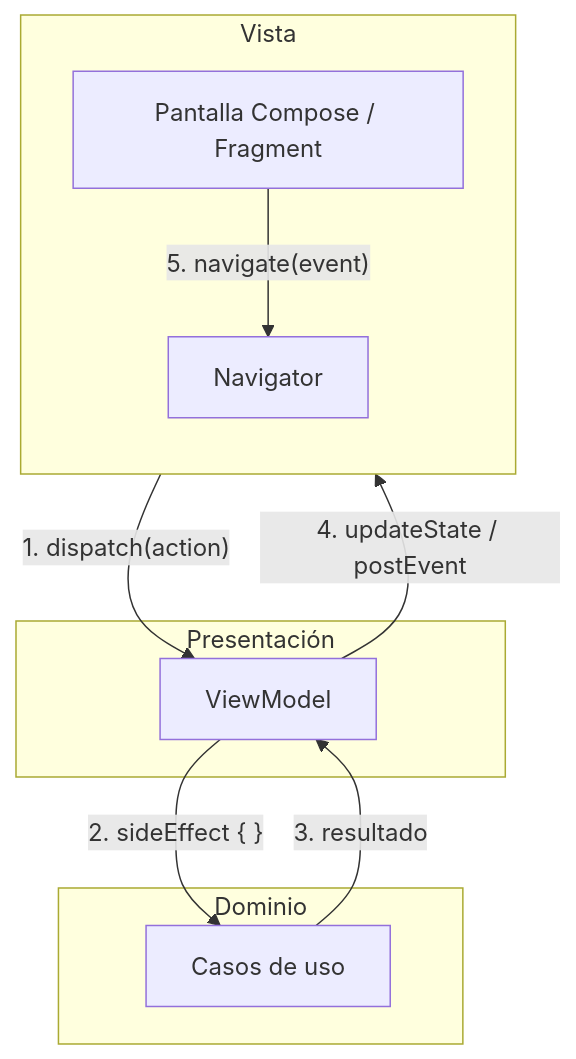
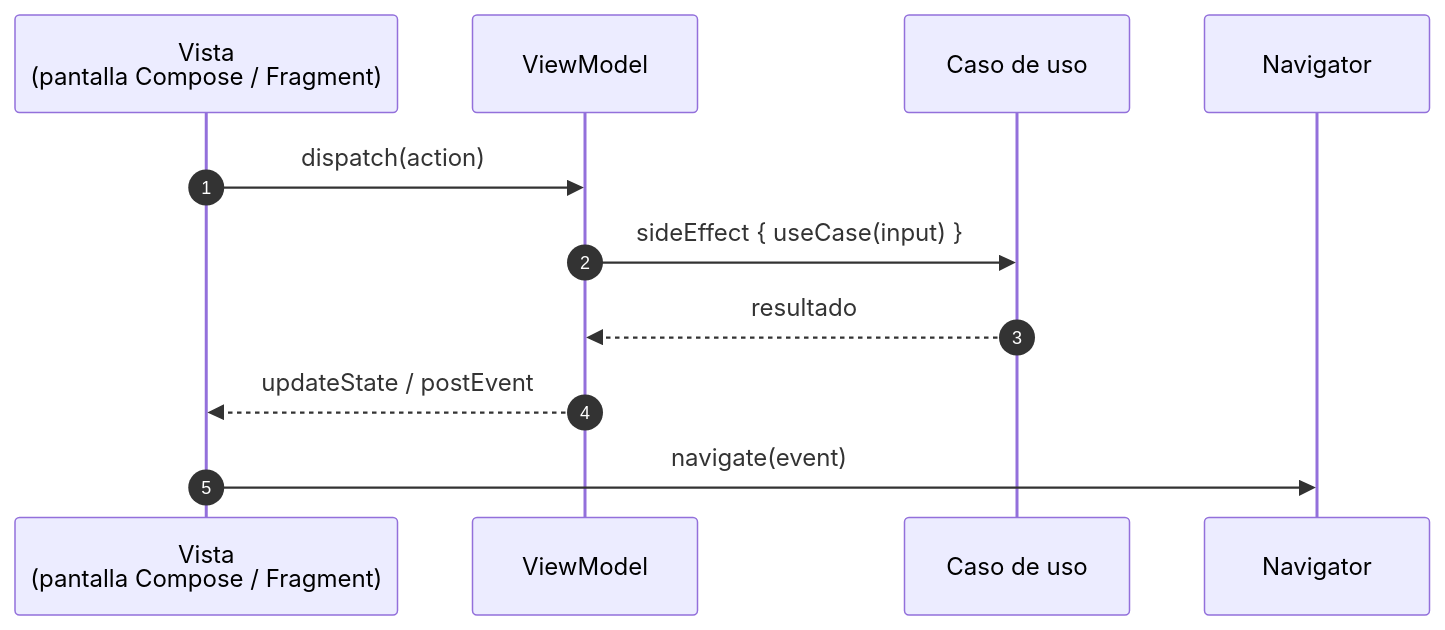
One commit to carmabs/Ema changed the first of 2 diagrams in docs/concepts/architecture.es.md. Above: the diagram before and after it, drawn with Mermaid. The commit also changed 11 other files, not shown here.

First line of the commit message:
Redraw the diagrams without crossing arrows

````diff
--- a/docs/concepts/architecture.es.md
+++ b/docs/concepts/architecture.es.md
@@ -5,19 +5,13 @@
 ```mermaid
-flowchart TB
-    subgraph Vista
-        direction TB
-        F[Pantalla Compose / Fragment]
-        NV[Navigator]
-    end
-    subgraph Presentación
-        VM[ViewModel]
-    end
-    subgraph Dominio
-        UC[Casos de uso]
-    end
-    F -- "1. dispatch(action)" --> VM
-    VM -- "2. sideEffect { }" --> UC
-    UC -- "3. resultado" --> VM
-    VM -- "4. updateState / postEvent" --> F
-    F -- "5. navigate(event)" --> NV
+sequenceDiagram
+    autonumber
+    participant V as Vista<br/>(pantalla Compose / Fragment)
+    participant VM as ViewModel
+    participant UC as Caso de uso
+    participant N as Navigator
+    V->>VM: dispatch(action)
+    VM->>UC: sideEffect { useCase(input) }
+    UC-->>VM: resultado
+    VM-->>V: updateState / postEvent
+    V->>N: navigate(event)
 ```
````
